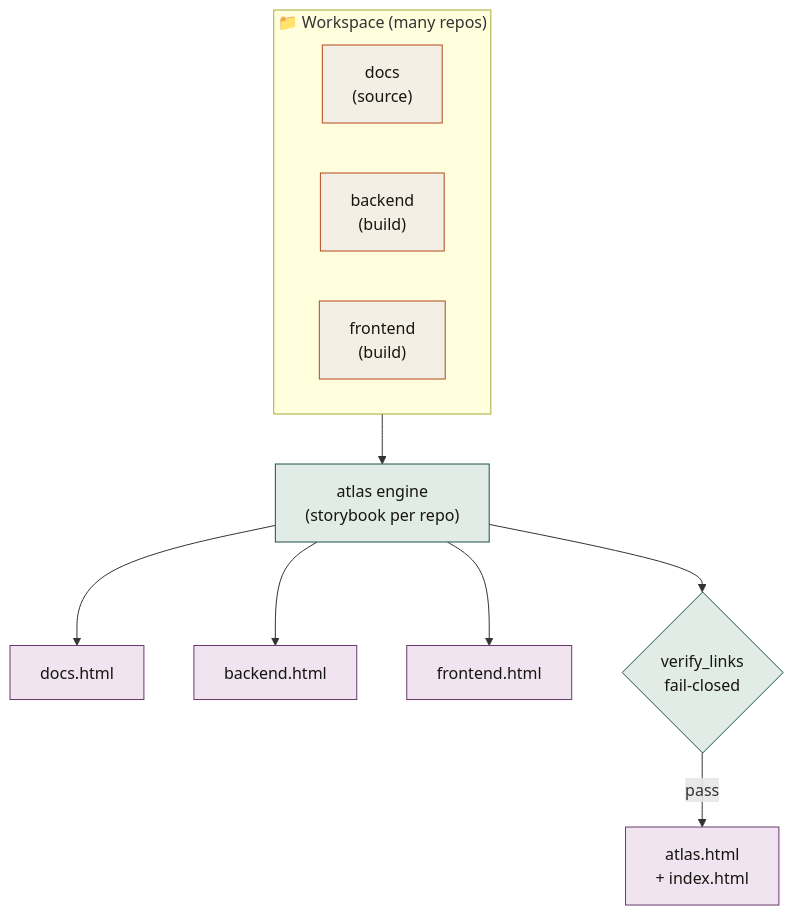
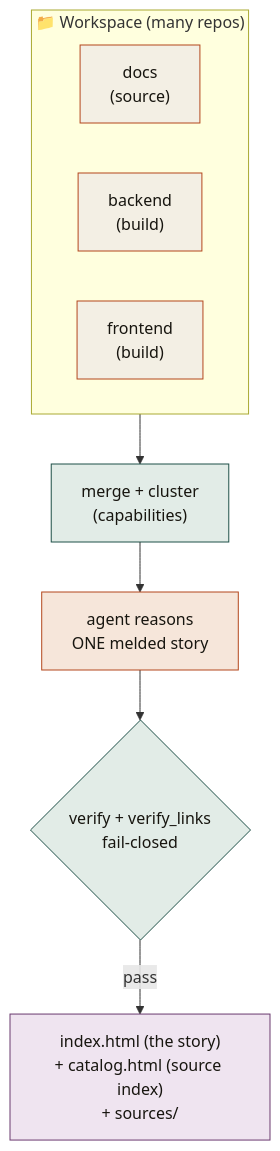
One commit to ashbrener/spec-kit-synthesis changed the third of 4 diagrams in README.md. Above: the diagram before and after it, drawn with Mermaid. The commit also changed other lines of this file and 24 other files, not shown here.

````diff
--- a/README.md
+++ b/README.md
@@ -159,17 +160,16 @@
 ```mermaid
 flowchart TD
     subgraph WS["📁 Workspace (many repos)"]
         D["docs<br/>(source)"]:::src
         B["backend<br/>(build)"]:::src
         F["frontend<br/>(build)"]:::src
     end
-    WS --> AT["atlas engine<br/>(storybook per repo)"]:::code
-    AT --> P1["docs.html"]:::out
-    AT --> P2["backend.html"]:::out
-    AT --> P3["frontend.html"]:::out
-    AT --> GR{"verify_links<br/>fail-closed"}:::code
-    GR -->|pass| ATL["atlas.html<br/>+ index.html"]:::out
+    WS --> MERGE["merge + cluster<br/>(capabilities)"]:::code
+    MERGE --> REASON["agent reasons<br/>ONE melded story"]:::agent
+    REASON --> GR{"verify + verify_links<br/>fail-closed"}:::code
+    GR -->|pass| OUT["index.html (the story)<br/>+ catalog.html (source index)<br/>+ sources/"]:::out
     classDef src fill:#f3efe4,stroke:#b3471d,color:#17150f
     classDef code fill:#e2ece7,stroke:#1f5048,color:#17150f
+    classDef agent fill:#f6e6da,stroke:#b3471d,color:#17150f
     classDef out fill:#efe4f0,stroke:#6a3a6f,color:#17150f
 ```
````
